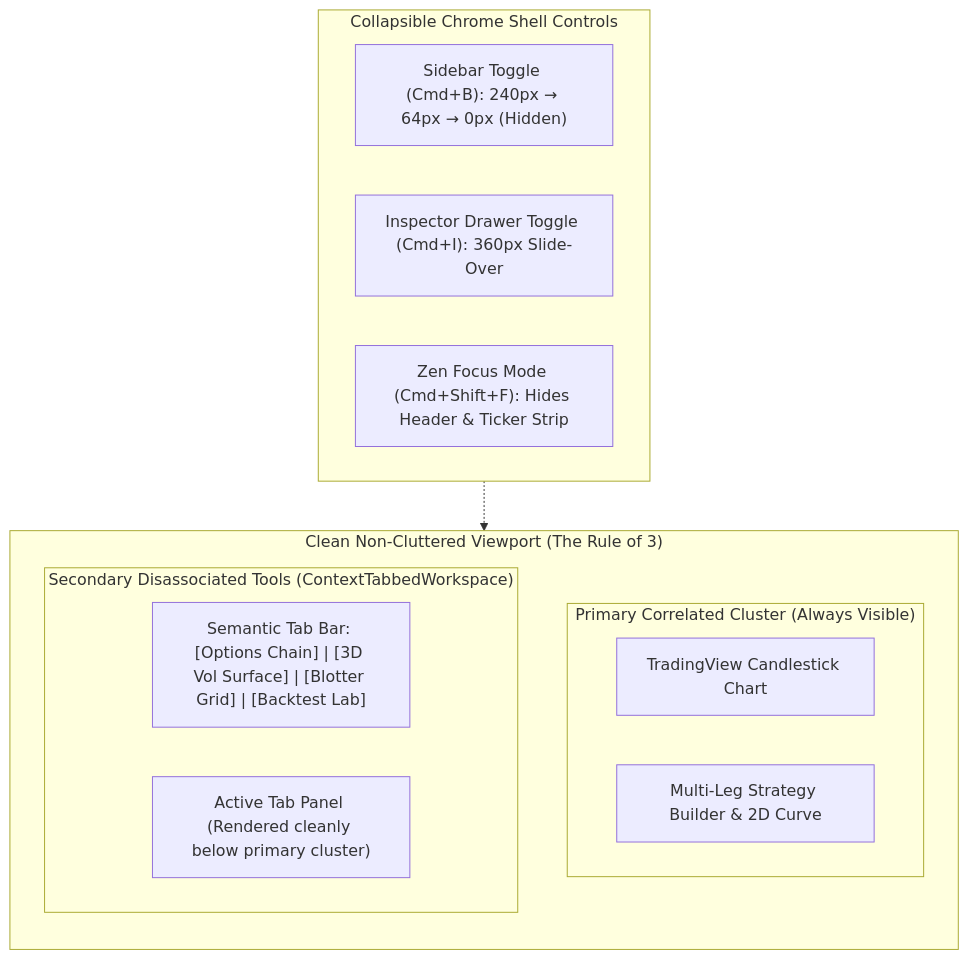
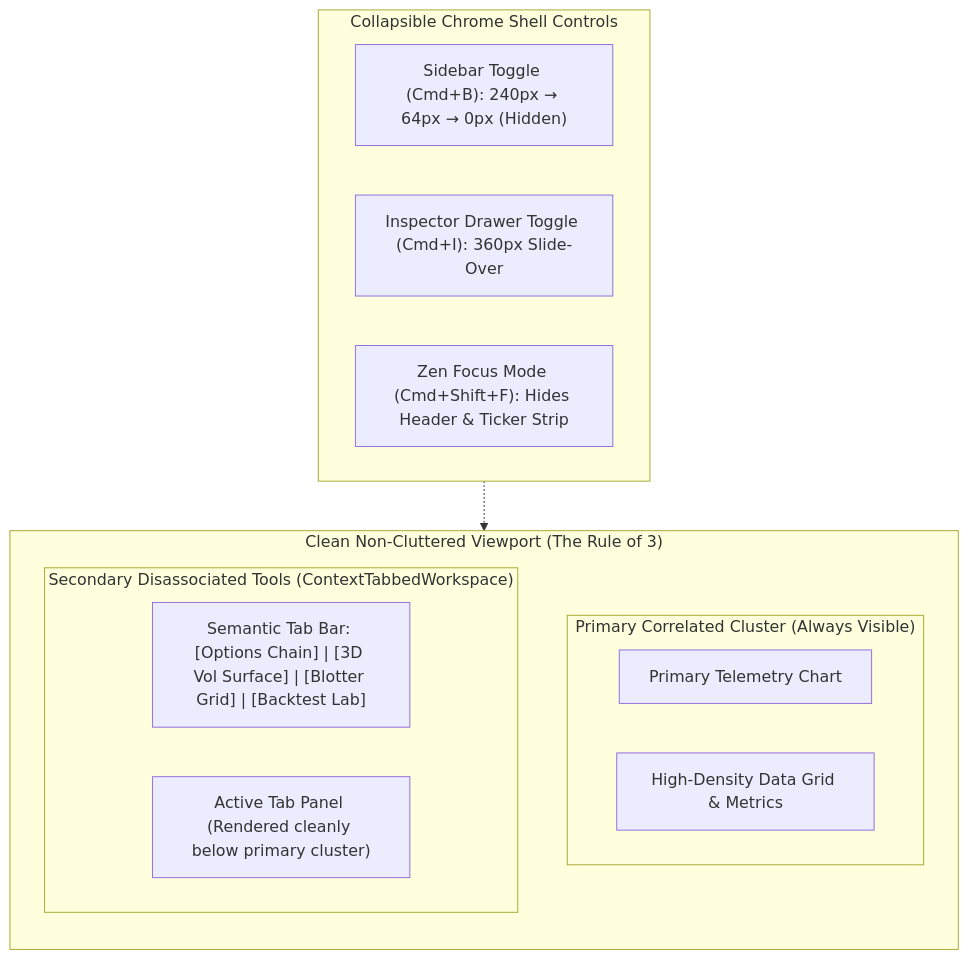
The third of 4 diagrams in .nb/plan/master/enterprise-ui-design-system/detailed.md (lakhwindersingh/nb_fairyfly), drawn with Mermaid before and after one commit. The commit also changed other lines of this file and 25 other files, not shown here.

````diff
--- a/.nb/plan/master/enterprise-ui-design-system/detailed.md
+++ b/.nb/plan/master/enterprise-ui-design-system/detailed.md
@@ -327,22 +327,22 @@
 ```mermaid
 graph TD
   subgraph Viewport["Clean Non-Cluttered Viewport (The Rule of 3)"]
     direction TB
     subgraph PrimaryCluster["Primary Correlated Cluster (Always Visible)"]
-      Pane1["TradingView Candlestick Chart"]
-      Pane2["Multi-Leg Strategy Builder & 2D Curve"]
+      Pane1["Primary Telemetry Chart"]
+      Pane2["High-Density Data Grid & Metrics"]
     end
     subgraph TabbedCluster["Secondary Disassociated Tools (ContextTabbedWorkspace)"]
       TabNav["Semantic Tab Bar: [Options Chain] | [3D Vol Surface] | [Blotter Grid] | [Backtest Lab]"]
       ActiveTab["Active Tab Panel (Rendered cleanly below primary cluster)"]
     end
   end
 
   subgraph CollapsibleChrome["Collapsible Chrome Shell Controls"]
     SidebarToggle["Sidebar Toggle (Cmd+B): 240px &rarr; 64px &rarr; 0px (Hidden)"]
     InspectorToggle["Inspector Drawer Toggle (Cmd+I): 360px Slide-Over"]
     ZenMode["Zen Focus Mode (Cmd+Shift+F): Hides Header & Ticker Strip"]
   end
 
   CollapsibleChrome -.-> Viewport
 ```
````
